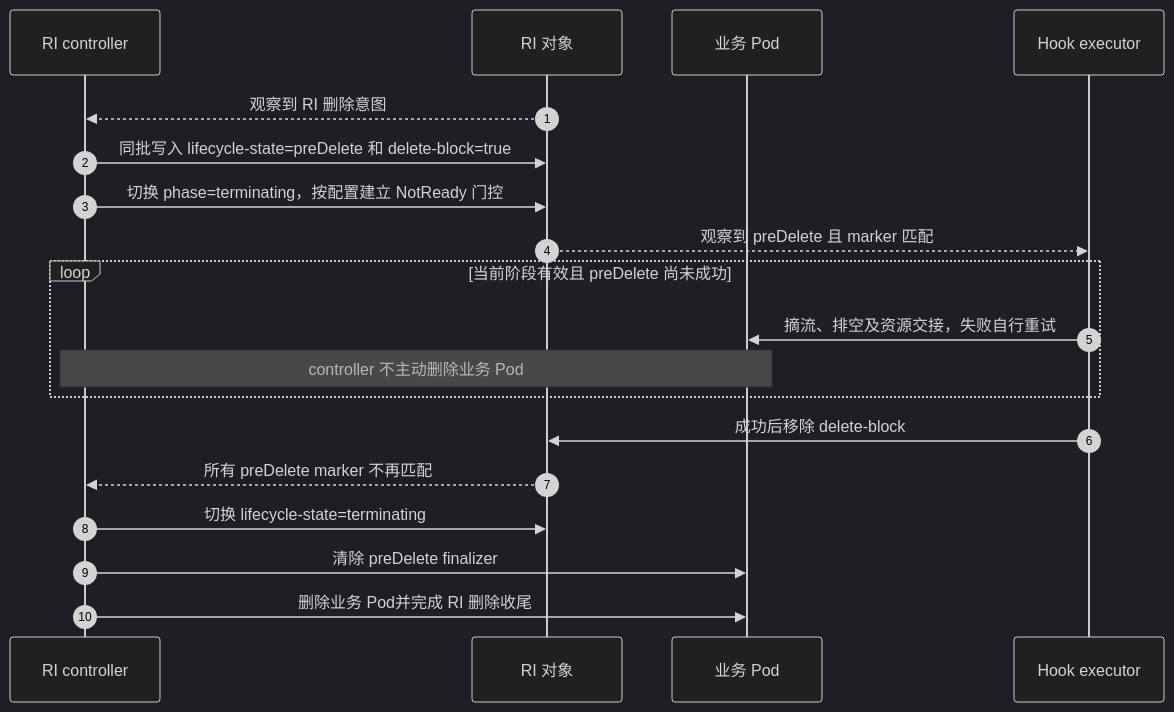
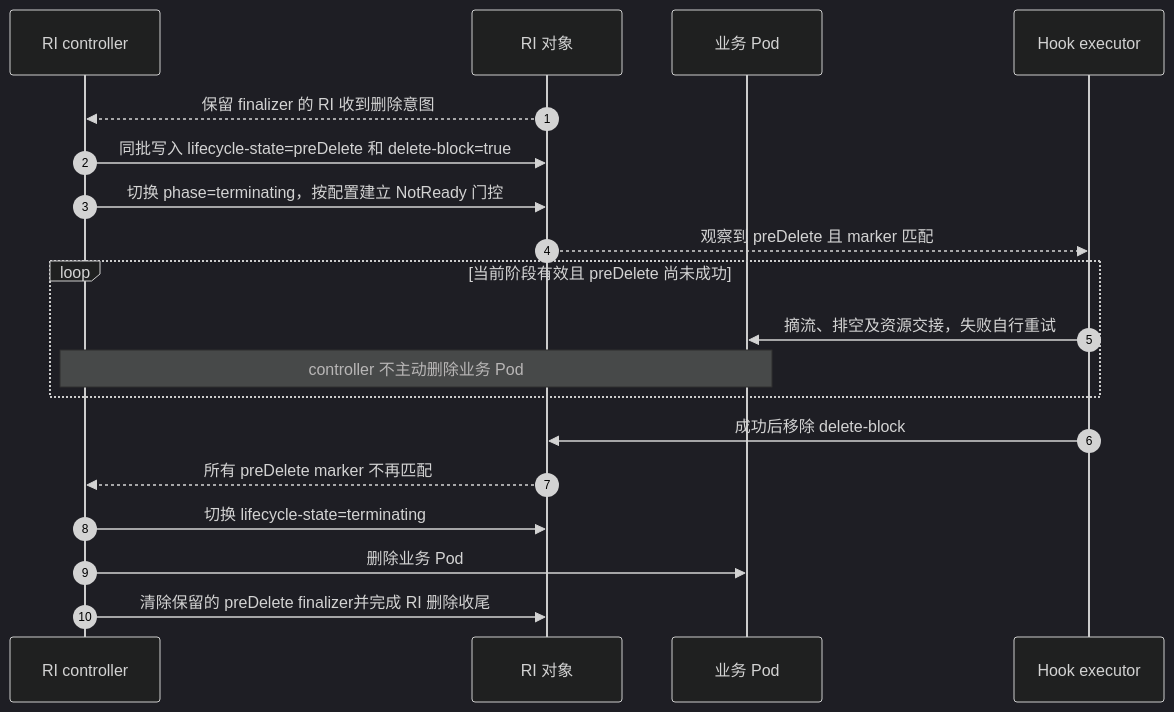
One commit to sgl-project/rbg changed the fourth of 4 diagrams in keps/527-roleinstance-lifecycle/README.zh-CN.md. Above: the diagram before and after it, drawn with Mermaid (dark theme). The commit also changed other lines of this file and 1 other file, not shown here.

Commit message:
docs: use RI finalizer for preDelete coordination

````diff
--- a/keps/527-roleinstance-lifecycle/README.zh-CN.md
+++ b/keps/527-roleinstance-lifecycle/README.zh-CN.md
@@ -386,21 +386,21 @@
 ```mermaid
 sequenceDiagram
     autonumber
     participant C as RI controller
     participant R as RI 对象
     participant P as 业务 Pod
     participant E as Hook executor
-    R-->>C: 观察到 RI 删除意图
+    R-->>C: 保留 finalizer 的 RI 收到删除意图
     C->>R: 同批写入 lifecycle-state=preDelete 和 delete-block=true
     C->>R: 切换 phase=terminating，按配置建立 NotReady 门控
     R-->>E: 观察到 preDelete 且 marker 匹配
     loop 当前阶段有效且 preDelete 尚未成功
         E->>P: 摘流、排空及资源交接，失败自行重试
         Note over C,P: controller 不主动删除业务 Pod
     end
     E->>R: 成功后移除 delete-block
     R-->>C: 所有 preDelete marker 不再匹配
     C->>R: 切换 lifecycle-state=terminating
-    C->>P: 清除 preDelete finalizer
-    C->>P: 删除业务 Pod并完成 RI 删除收尾
+    C->>P: 删除业务 Pod
+    C->>R: 清除保留的 preDelete finalizer并完成 RI 删除收尾
 ```
````
